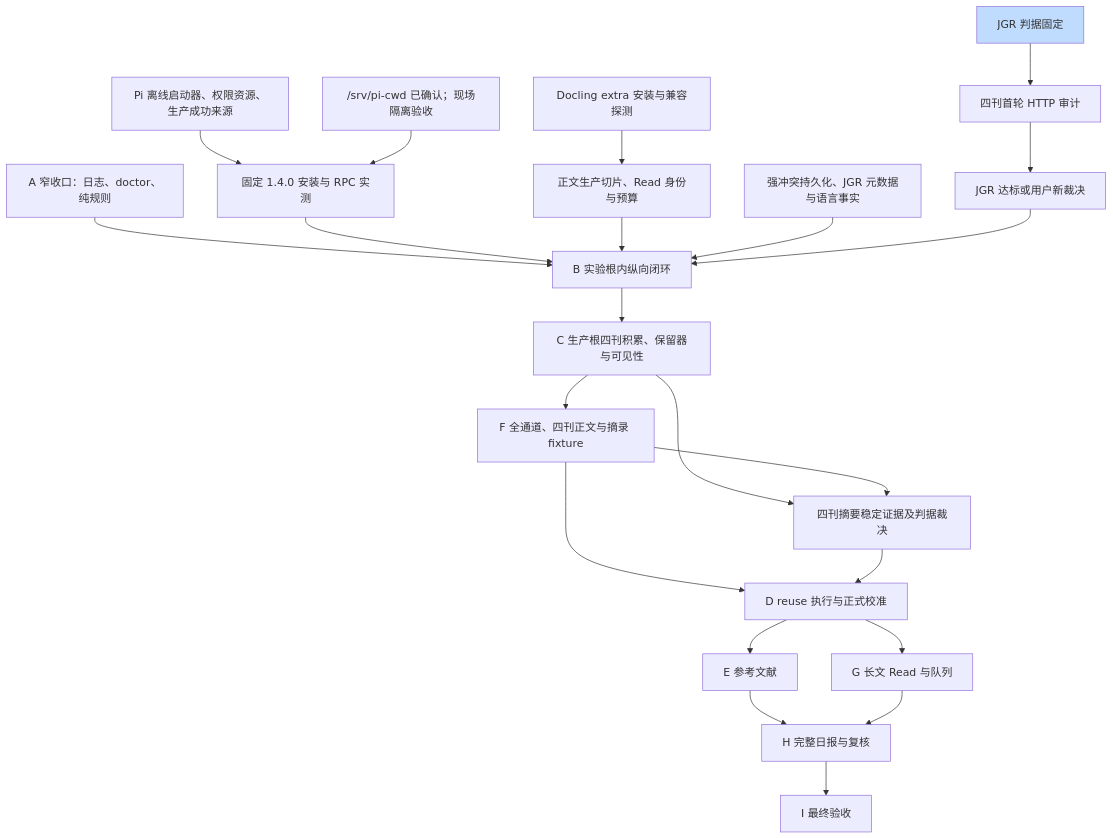
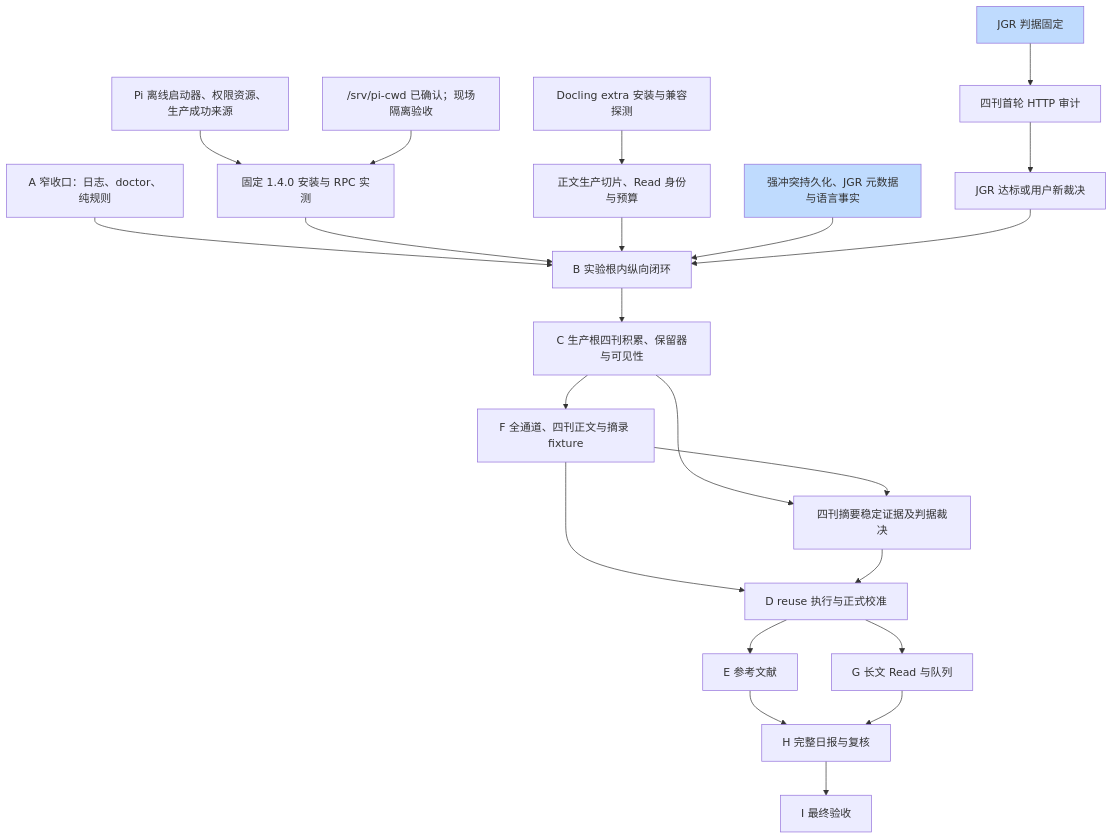
Before and after one commit to MeteoBoy4/PaperRadar: the diagram in docs/roadmap.md, drawn with Mermaid. The commit also changed other lines of this file and 53 other files, not shown here.

````diff
--- a/docs/roadmap.md
+++ b/docs/roadmap.md
@@ -17,26 +17,26 @@
 ```mermaid
 flowchart TD
   J[JGR 判据固定] --> Audit[四刊首轮 HTTP 审计]
   Audit --> Source[JGR 达标或用户新裁决]
   A[A 窄收口：日志、doctor、纯规则] --> B[B 实验根内纵向闭环]
   Pi[Pi 离线启动器、权限资源、生产成功来源] --> Live[固定 1.4.0 安装与 RPC 实测]
   Cwd["/srv/pi-cwd 已确认；现场隔离验收"] --> Live
   Live --> B
   Extra[Docling extra 安装与兼容探测] --> Body[正文生产切片、Read 身份与预算]
   Body --> B
   Feed[强冲突持久化、JGR 元数据与语言事实] --> B
   Source --> B
   B --> C[C 生产根四刊积累、保留器与可见性]
   C --> F[F 全通道、四刊正文与摘录 fixture]
   C --> Abstract[四刊摘要稳定证据及判据裁决]
   F --> Abstract
   F --> D[D reuse 执行与正式校准]
   Abstract --> D
   D --> E[E 参考文献]
   D --> G[G 长文 Read 与队列]
   E --> H[H 完整日报与复核]
   G --> H
   H --> I[I 最终验收]
   classDef completed fill:#bfdbfe
-  class J completed
+  class J,Feed completed
 ```
````
